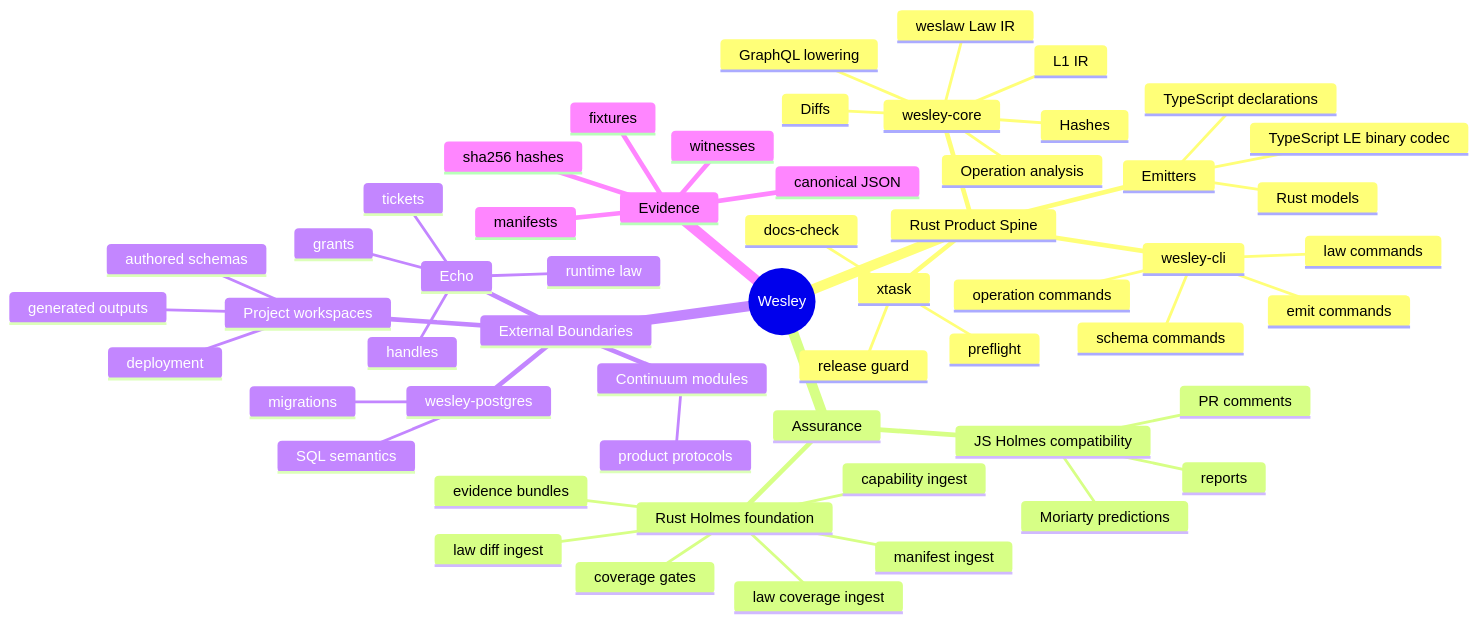
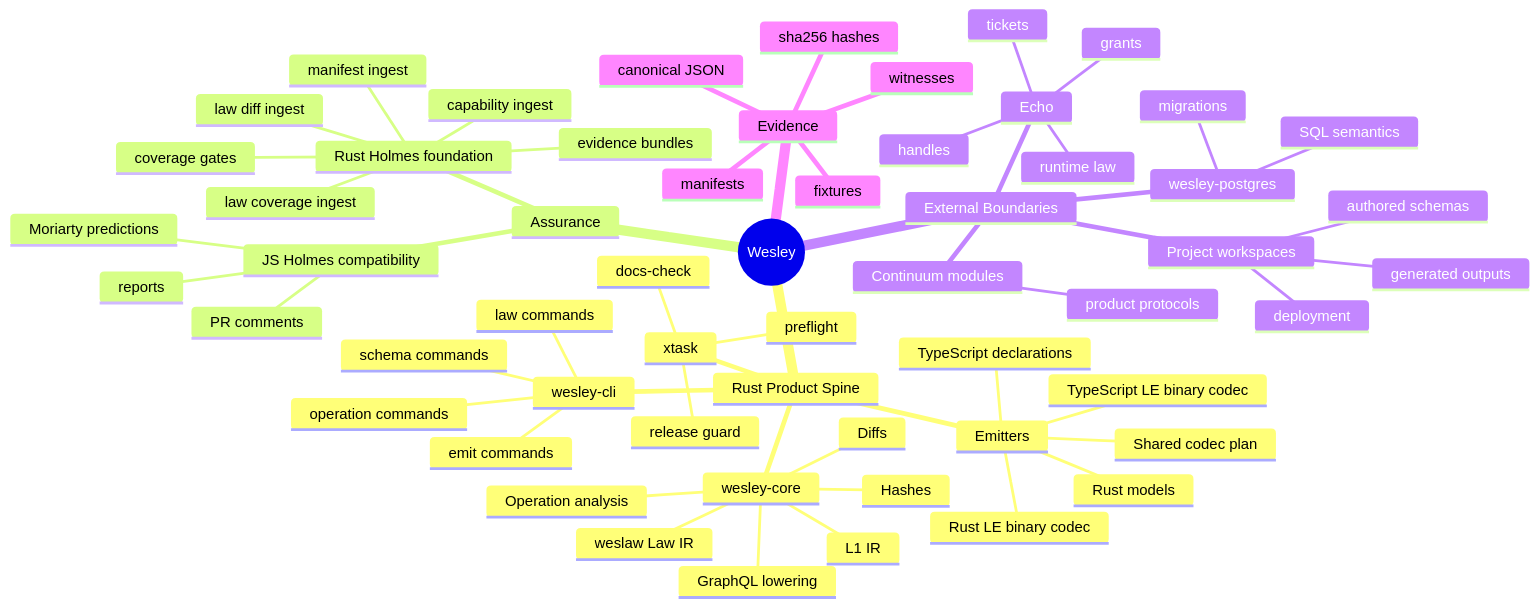
The first of 10 diagrams in docs/TECHNICAL_TEARDOWN.md (flyingrobots/wesley), drawn with Mermaid before and after one commit. The commit also changed other lines of this file and 13 other files, not shown here.

````diff
--- a/docs/TECHNICAL_TEARDOWN.md
+++ b/docs/TECHNICAL_TEARDOWN.md
@@ -109,58 +116,60 @@
 ```mermaid
 mindmap
   root((Wesley))
     Rust Product Spine
       wesley-core
         GraphQL lowering
         L1 IR
         Hashes
         Diffs
         Operation analysis
         weslaw Law IR
       wesley-cli
         schema commands
         law commands
         emit commands
         operation commands
       Emitters
+        Shared codec plan
         Rust models
         TypeScript declarations
+        Rust LE binary codec
         TypeScript LE binary codec
       xtask
         preflight
         docs-check
         release guard
     Assurance
       Rust Holmes foundation
         evidence bundles
         law diff ingest
         law coverage ingest
         capability ingest
         manifest ingest
         coverage gates
       JS Holmes compatibility
         reports
         Moriarty predictions
         PR comments
     External Boundaries
       Echo
         runtime law
         handles
         grants
         tickets
       wesley-postgres
         SQL semantics
         migrations
       Continuum modules
         product protocols
       Project workspaces
         authored schemas
         generated outputs
         deployment
     Evidence
       canonical JSON
       sha256 hashes
       fixtures
       manifests
       witnesses
 ```
````
